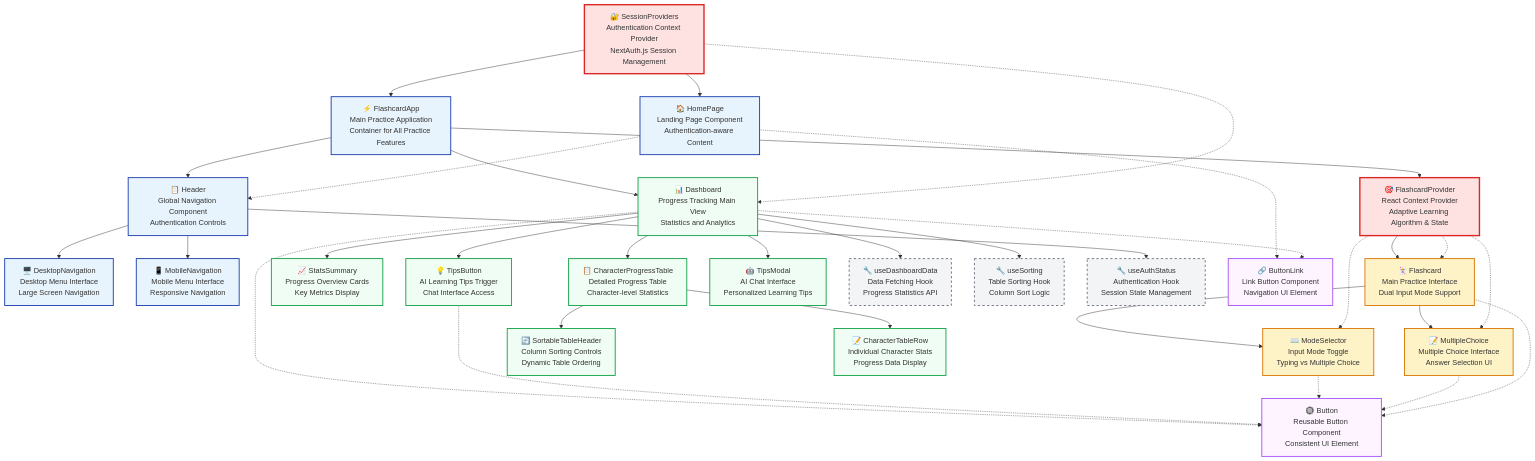
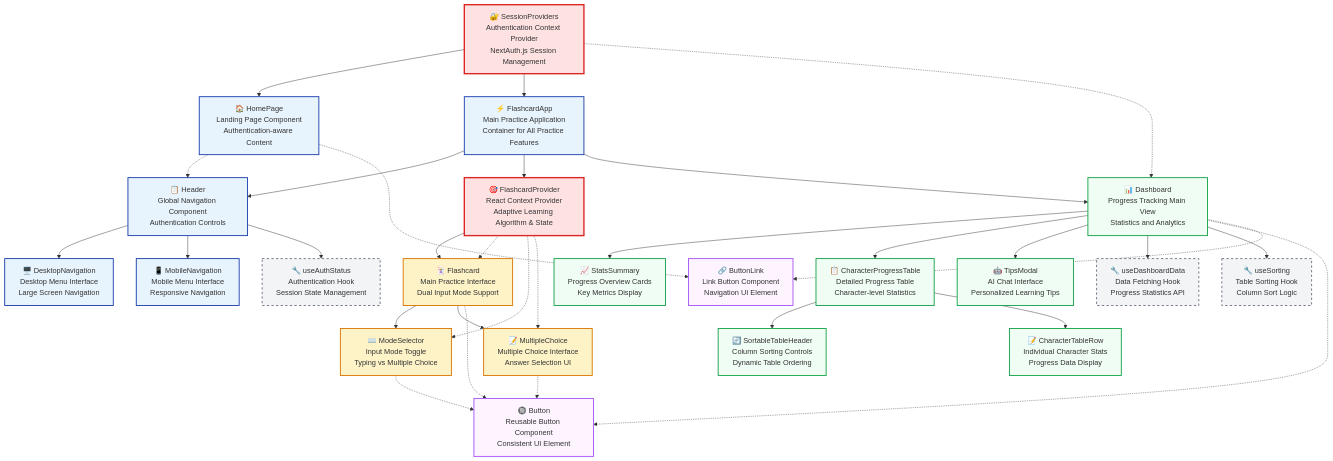
Before and after one commit to sakan811/SakuMari: the second of 2 diagrams in docs/architecture.md, drawn with Mermaid. The commit also changed other lines of this file and 2 other files, not shown here.

Commit message:
refactor: remove unused TipsButton component and test file

````diff
--- a/docs/architecture.md
+++ b/docs/architecture.md
@@ -65,75 +65,73 @@
 ```mermaid
 flowchart TD
     %% Authentication Layer
     SessionProviders["🔐 SessionProviders<br/>Authentication Context Provider<br/>NextAuth.js Session Management"]
     
     %% Root Application Structure
     SessionProviders --> HomePage["🏠 HomePage<br/>Landing Page Component<br/>Authentication-aware Content"]
     SessionProviders --> FlashcardApp["⚡ FlashcardApp<br/>Main Practice Application<br/>Container for All Practice Features"]
     
     %% Core Application Components
     FlashcardApp --> Header["📋 Header<br/>Global Navigation Component<br/>Authentication Controls"]
     FlashcardApp --> FlashcardProvider["🎯 FlashcardProvider<br/>React Context Provider<br/>Adaptive Learning Algorithm & State"]
     
     %% Navigation Components (Header Children)
     Header --> DesktopNavigation["🖥️ DesktopNavigation<br/>Desktop Menu Interface<br/>Large Screen Navigation"]
     Header --> MobileNavigation["📱 MobileNavigation<br/>Mobile Menu Interface<br/>Responsive Navigation"]
     
     %% Practice Flow Components
     FlashcardProvider --> Flashcard["🃏 Flashcard<br/>Main Practice Interface<br/>Dual Input Mode Support"]
     
     Flashcard --> ModeSelector["⌨️ ModeSelector<br/>Input Mode Toggle<br/>Typing vs Multiple Choice"]
     Flashcard --> MultipleChoice["📝 MultipleChoice<br/>Multiple Choice Interface<br/>Answer Selection UI"]
     
     %% Dashboard and Progress Components
     FlashcardApp --> Dashboard["📊 Dashboard<br/>Progress Tracking Main View<br/>Statistics and Analytics"]
     
     Dashboard --> StatsSummary["📈 StatsSummary<br/>Progress Overview Cards<br/>Key Metrics Display"]
     Dashboard --> CharacterProgressTable["📋 CharacterProgressTable<br/>Detailed Progress Table<br/>Character-level Statistics"]
-    Dashboard --> TipsButton["💡 TipsButton<br/>AI Learning Tips Trigger<br/>Chat Interface Access"]
     Dashboard --> TipsModal["🤖 TipsModal<br/>AI Chat Interface<br/>Personalized Learning Tips"]
     
     %% Table Sub-Components
     CharacterProgressTable --> SortableTableHeader["🔄 SortableTableHeader<br/>Column Sorting Controls<br/>Dynamic Table Ordering"]
     CharacterProgressTable --> CharacterTableRow["📝 CharacterTableRow<br/>Individual Character Stats<br/>Progress Data Display"]
     
     %% Custom Hooks Integration
     Dashboard --> useDashboardData["🔧 useDashboardData<br/>Data Fetching Hook<br/>Progress Statistics API"]
     Dashboard --> useSorting["🔧 useSorting<br/>Table Sorting Hook<br/>Column Sort Logic"]
     Header --> useAuthStatus["🔧 useAuthStatus<br/>Authentication Hook<br/>Session State Management"]
     
     %% Reusable UI Components
     Button["🔘 Button<br/>Reusable Button Component<br/>Consistent UI Element"]
     ButtonLink["🔗 ButtonLink<br/>Link Button Component<br/>Navigation UI Element"]
     
     %% Component Usage Relationships
     HomePage -.-> Header
     HomePage -.-> ButtonLink
     Dashboard -.-> Button
     Dashboard -.-> ButtonLink
-    TipsButton -.-> Button
     ModeSelector -.-> Button
     MultipleChoice -.-> Button
     Flashcard -.-> Button
     
     %% Context Provider Relationships
     FlashcardProvider -.-> Flashcard
     FlashcardProvider -.-> ModeSelector
     FlashcardProvider -.-> MultipleChoice
     SessionProviders -.-> Dashboard
     
     %% Styling Classes
     classDef coreComponent fill:#e8f4fd,stroke:#1e40af,stroke-width:2px
     classDef practiceComponent fill:#fef3c7,stroke:#d97706,stroke-width:2px
     classDef dashboardComponent fill:#f0fdf4,stroke:#16a34a,stroke-width:2px
     classDef uiComponent fill:#fdf4ff,stroke:#a855f7,stroke-width:2px
     classDef contextProvider fill:#fee2e2,stroke:#dc2626,stroke-width:3px
     classDef customHook fill:#f3f4f6,stroke:#6b7280,stroke-width:2px,stroke-dasharray: 5 5
     
     class SessionProviders,HomePage,FlashcardApp,Header,DesktopNavigation,MobileNavigation coreComponent
     class Flashcard,ModeSelector,MultipleChoice,FlashcardProvider practiceComponent
-    class Dashboard,StatsSummary,CharacterProgressTable,SortableTableHeader,CharacterTableRow,TipsButton,TipsModal dashboardComponent
+    class Dashboard,StatsSummary,CharacterProgressTable,SortableTableHeader,CharacterTableRow,TipsModal dashboardComponent
     class Button,ButtonLink uiComponent
     class FlashcardProvider,SessionProviders contextProvider
     class useDashboardData,useSorting,useAuthStatus customHook
 ```
````
